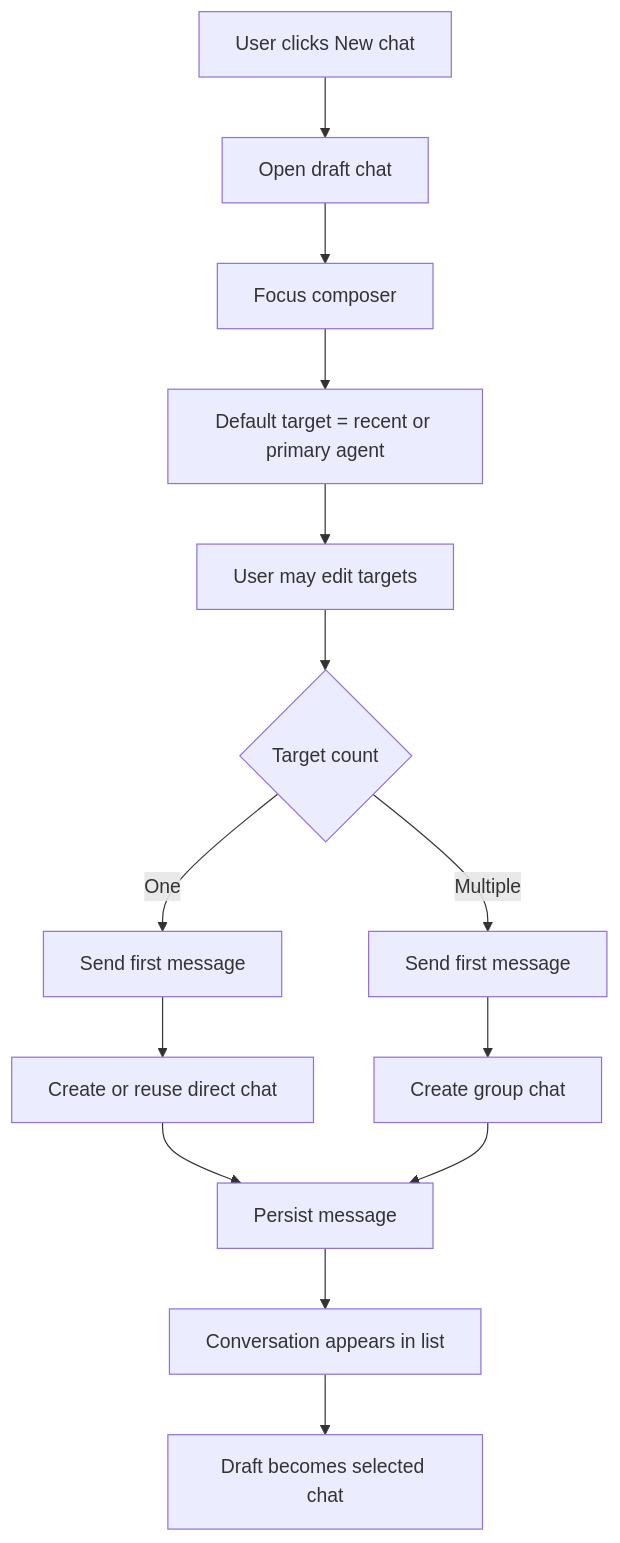
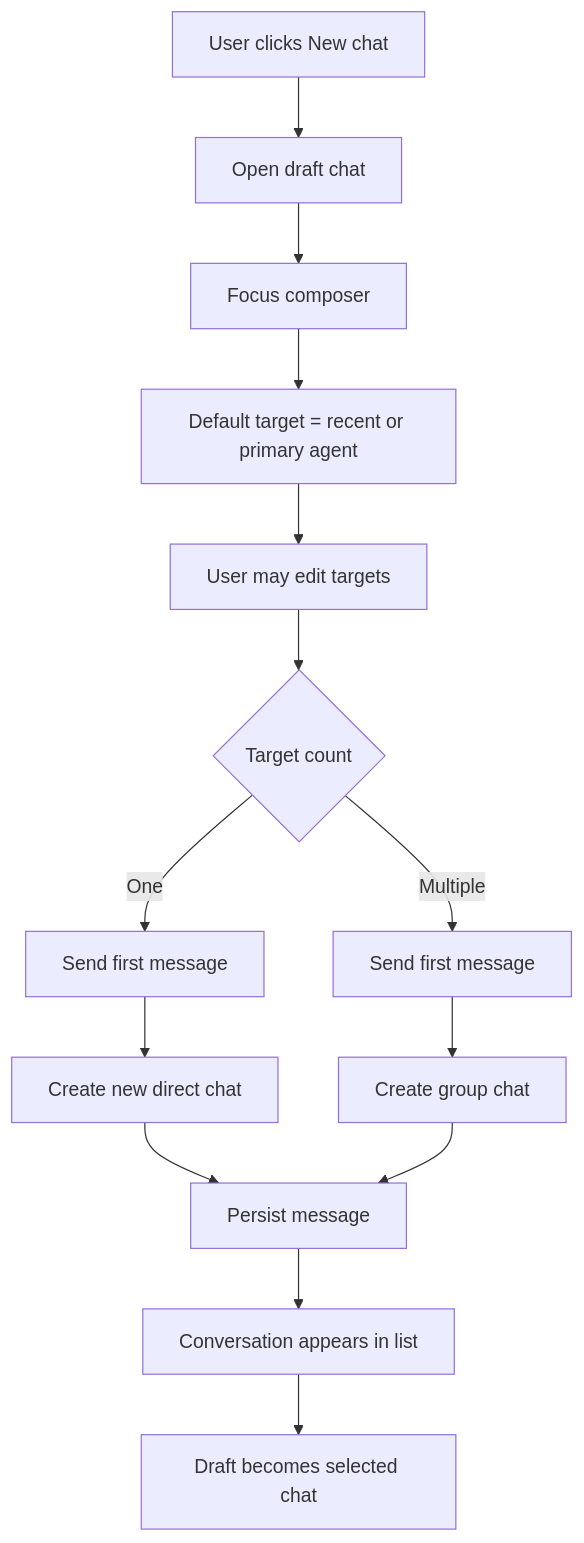
One commit to agent-team-foundation/first-tree changed the diagram in docs/chat-first-workspace-product-design.md. Above: the diagram before and after it, drawn with Mermaid. The commit also changed other lines of this file and 1 other file, not shown here.

Commit message:
docs: incorporate chat-first workspace review feedback

````diff
--- a/docs/chat-first-workspace-product-design.md
+++ b/docs/chat-first-workspace-product-design.md
@@ -174,16 +280,16 @@
 ```mermaid
 flowchart TD
   A["User clicks New chat"] --> B["Open draft chat"]
   B --> C["Focus composer"]
   C --> D["Default target = recent or primary agent"]
   D --> E["User may edit targets"]
   E --> F{"Target count"}
   F -->|One| G["Send first message"]
   F -->|Multiple| H["Send first message"]
-  G --> I["Create or reuse direct chat"]
+  G --> I["Create new direct chat"]
   H --> J["Create group chat"]
   I --> K["Persist message"]
   J --> K
   K --> L["Conversation appears in list"]
   L --> M["Draft becomes selected chat"]
 ```
````
